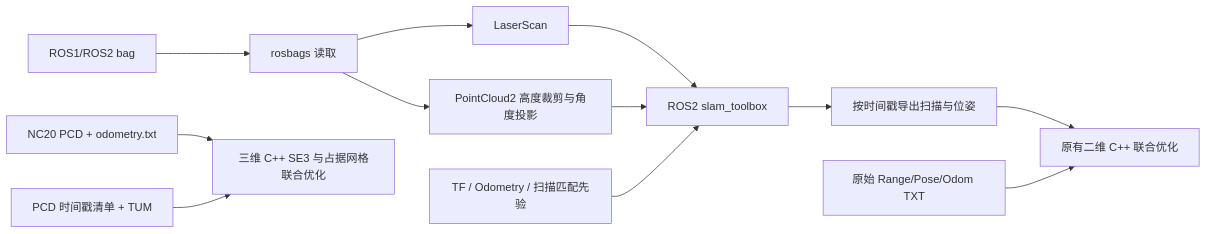
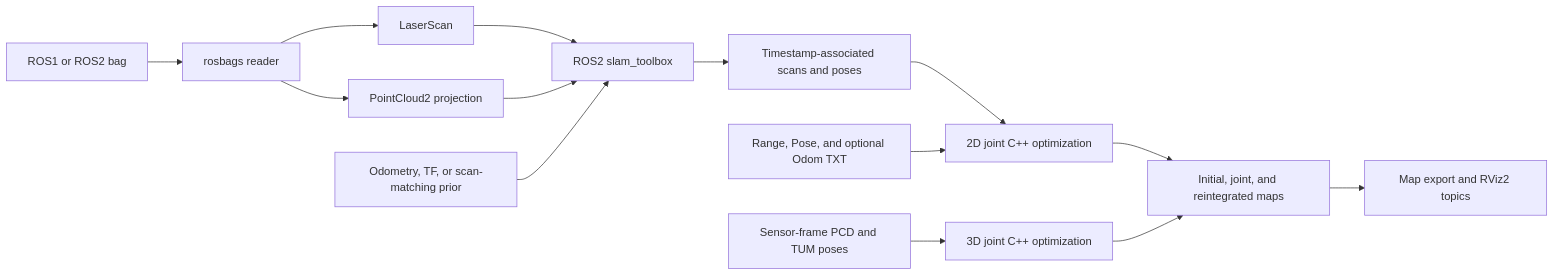
The diagram in docs/PIPELINES.md (WANGYINGYU/Occupancy-SLAM), drawn with Mermaid before and after one commit. The commit also changed other lines of this file and 18 other files, not shown here.

````diff
--- a/docs/PIPELINES.md
+++ b/docs/PIPELINES.md
@@ -7,14 +7,16 @@
 ```mermaid
 flowchart LR
-  B[ROS1/ROS2 bag] --> R[rosbags 读取]
+  B[ROS1 or ROS2 bag] --> R[rosbags reader]
   R --> L[LaserScan]
-  R --> P[PointCloud2 高度裁剪与角度投影]
+  R --> P[PointCloud2 projection]
   L --> S[ROS2 slam_toolbox]
   P --> S
-  O[TF / Odometry / 扫描匹配先验] --> S
-  S --> A[按时间戳导出扫描与位姿]
-  A --> C[原有二维 C++ 联合优化]
-  T[原始 Range/Pose/Odom TXT] --> C
-  N[NC20 PCD + odometry.txt] --> D[三维 C++ SE3 与占据网格联合优化]
-  M[PCD 时间戳清单 + TUM] --> D
+  O[Odometry, TF, or scan-matching prior] --> S
+  S --> A[Timestamp-associated scans and poses]
+  A --> C[2D joint C++ optimization]
+  T[Range, Pose, and optional Odom TXT] --> C
+  N[Sensor-frame PCD and TUM poses] --> D[3D joint C++ optimization]
+  C --> E[Initial, joint, and reintegrated maps]
+  D --> E
+  E --> V[Map export and RViz2 topics]
 ```
````
